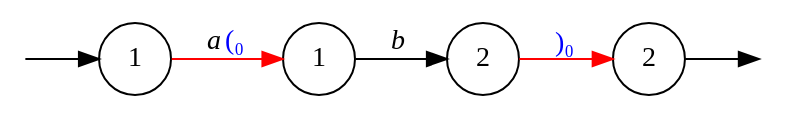
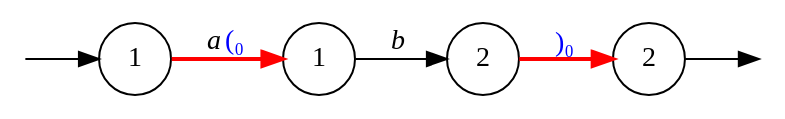
One commit to 0Marble/lgraphs changed the diagram in presentation/graphs/reg_path2.dot. Above: the diagram before and after it, drawn with Graphviz. The commit also changed 18 other files, not shown here.

```diff
--- a/presentation/graphs/reg_path2.dot
+++ b/presentation/graphs/reg_path2.dot
@@ -1,11 +1,11 @@
 digraph {
         Q0 [style=invisible,height=0,width=0,fixedsize=true];
         Q1 [style=invisible,height=0,width=0,fixedsize=true];
         node [shape=circle];
         graph [rankdir="LR"];
         0 [label="1"]   1 [label="1"]   2 [label="2"]   3 [label="2"]   Q0 -> 0;
-        0 -> 1 [label = <<i>a</i><FONT COLOR="blue">(₀</FONT>>, color=red];
+        0 -> 1 [label = <<i>a</i><FONT COLOR="blue">(₀</FONT>>, color=red, style=bold];
         1 -> 2 [label = <<i>b</i>>];
-        2 -> 3 [label = <<FONT COLOR="blue">)₀</FONT>>, color=red];
+        2 -> 3 [label = <<FONT COLOR="blue">)₀</FONT>>, color=red, style=bold];
         3->Q1;
 }
```
